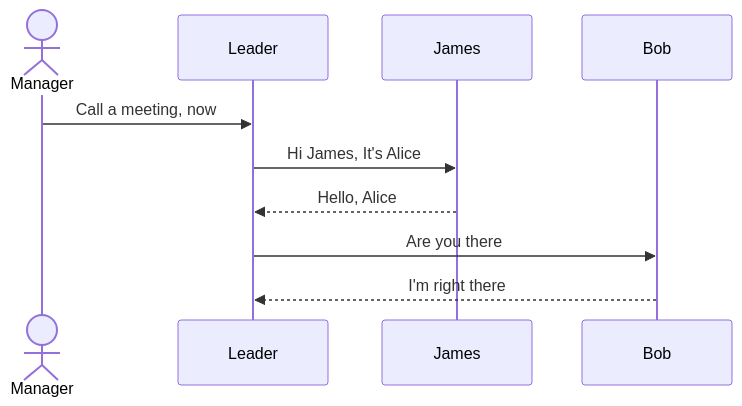
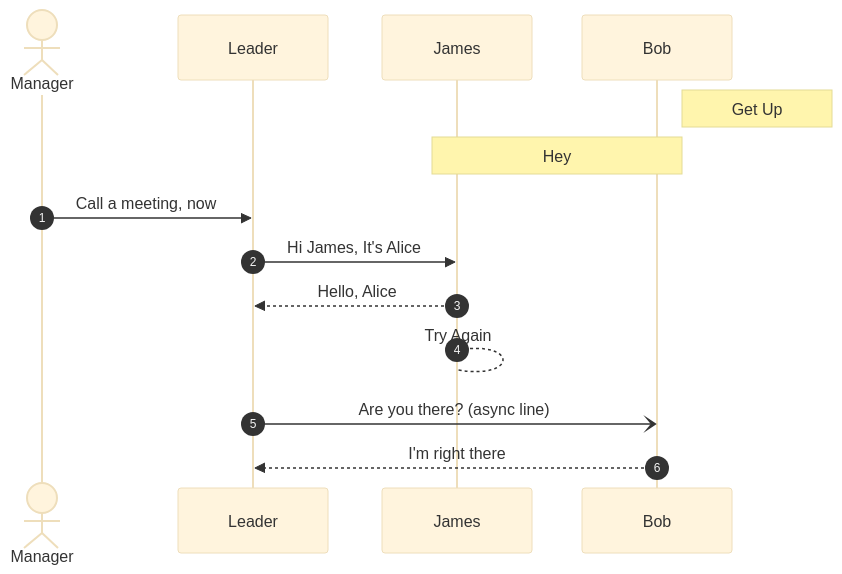
One commit to zuoyi615/Linking-Thinkings changed the first of 7 diagrams in Mermaid.js/Sequence.md. Above: the diagram before and after it, drawn with Mermaid. The commit also changed other lines of this file and 6 other files, not shown here.

Commit message:
sequence diagram

````diff
--- a/Mermaid.js/Sequence.md
+++ b/Mermaid.js/Sequence.md
@@ -34,13 +34,22 @@
 ```mermaid
+---
+config:
+  theme: base
+  sequence:
+    showSequenceNumbers: true
+---
 sequenceDiagram
 	Actor Manager
 	participant Alice as Leader
 	participant James
 	participant Bob
+	Note right of Bob: Get Up
+	Note over James, Bob: Hey
 	
 	Manager ->> Alice: Call a meeting, now
 	Alice ->> James: Hi James, It's Alice
 	James -->> Alice: Hello, Alice
-	Alice ->>Bob: Are you there
+	James --> James: Try Again
+	Alice -)Bob: Are you there? (async line)
 	Bob -->> Alice: I'm right there
 ```
````
